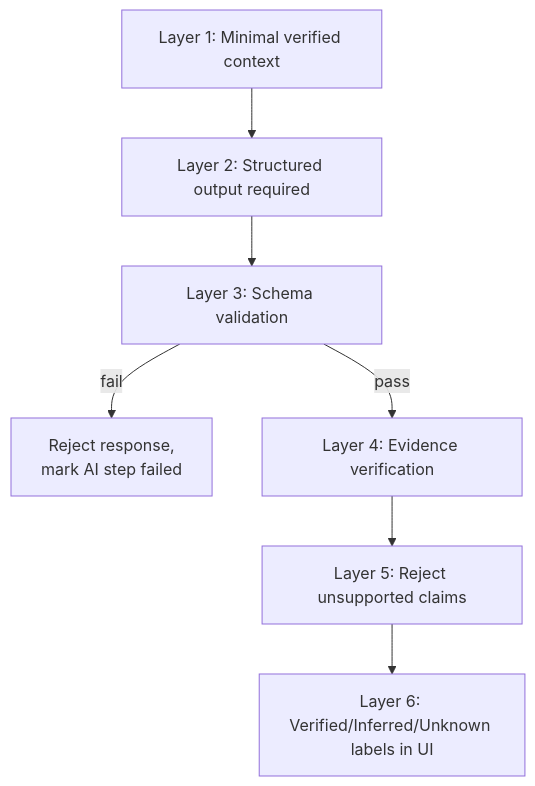
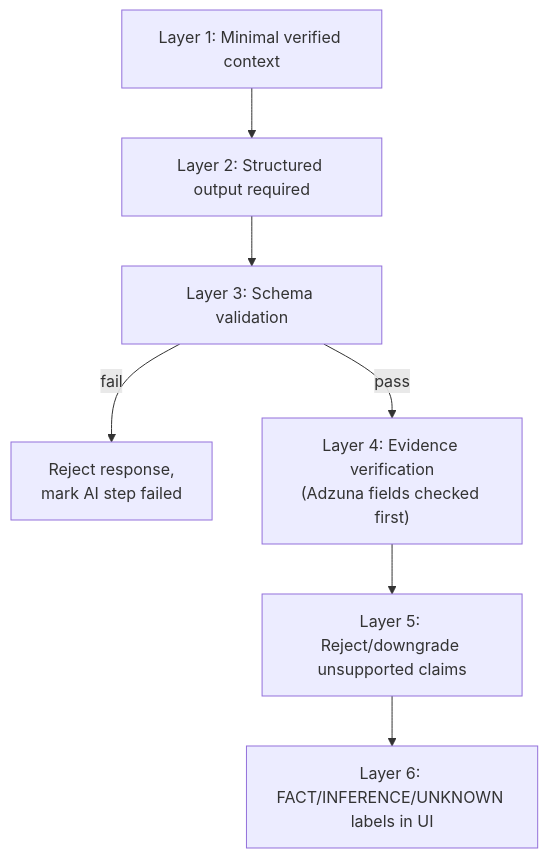
Before and after one commit to wassimrahoui/adhd-job-agent: the fourth of 4 diagrams in docs/02-ai-and-matching-architecture.md, drawn with Mermaid. The commit also changed other lines of this file and 4 other files, not shown here.

````diff
--- a/docs/02-ai-and-matching-architecture.md
+++ b/docs/02-ai-and-matching-architecture.md
@@ -90,9 +121,9 @@
 ```mermaid
 flowchart TD
     L1["Layer 1: Minimal verified context"] --> L2["Layer 2: Structured output required"]
     L2 --> L3["Layer 3: Schema validation"]
     L3 -->|fail| REJECT["Reject response,\nmark AI step failed"]
-    L3 -->|pass| L4["Layer 4: Evidence verification"]
-    L4 --> L5["Layer 5: Reject unsupported claims"]
-    L5 --> L6["Layer 6: Verified/Inferred/Unknown labels in UI"]
+    L3 -->|pass| L4["Layer 4: Evidence verification\n(Adzuna fields checked first)"]
+    L4 --> L5["Layer 5: Reject/downgrade unsupported claims"]
+    L5 --> L6["Layer 6: FACT/INFERENCE/UNKNOWN labels in UI"]
 ```
````
